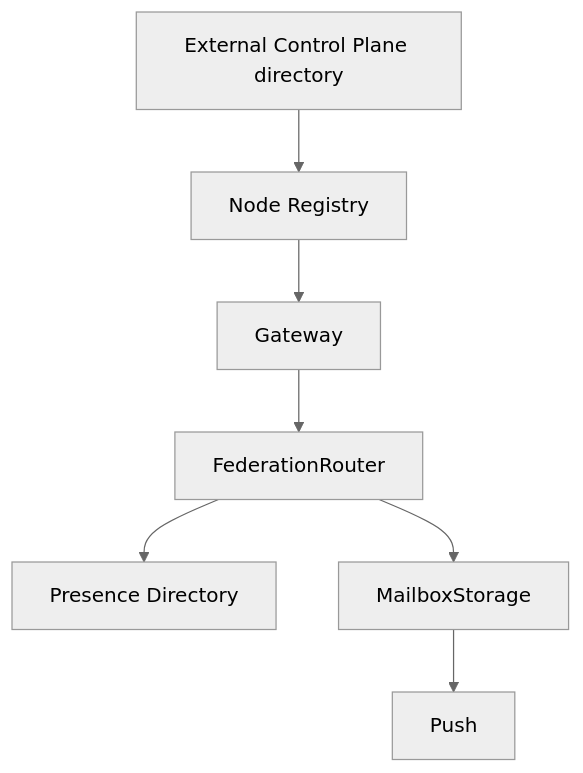
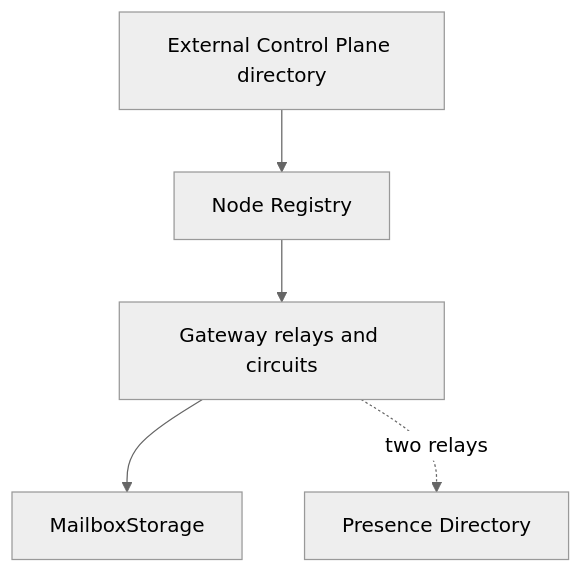
One commit to cbgm/Sparrow changed the second of 3 diagrams in docs/why-sparrow.md. Above: the diagram before and after it, drawn with Mermaid (neutral theme). The commit also changed other lines of this file and 231 other files, not shown here.

Commit message:
Remove the WebSocket session, the push service and envelope federation

````diff
--- a/docs/why-sparrow.md
+++ b/docs/why-sparrow.md
@@ -94,17 +93,13 @@
 ```mermaid
 flowchart TB
     DIR[External Control Plane directory]
     REG[Node Registry]
     PRES[Presence Directory]
-    PUSH[Push]
-    GW[Gateway]
-    FED[FederationRouter]
+    GW[Gateway relays and circuits]
     MB[MailboxStorage]
 
     DIR --> REG
     REG --> GW
-    GW --> FED
-    FED --> MB
-    FED --> PRES
-    MB --> PUSH
+    GW --> MB
+    GW -. two relays .-> PRES
 ```
````
